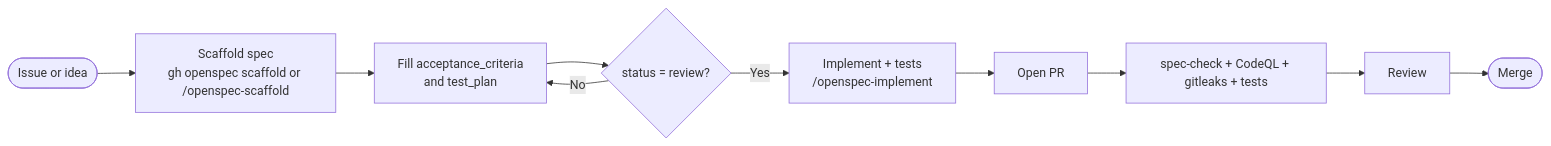
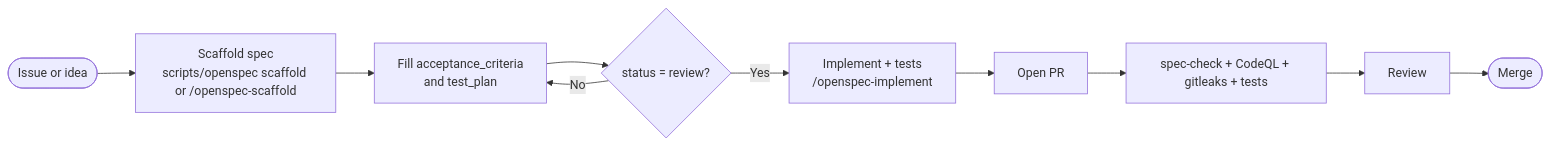
One commit to arananet/openspec-template changed the diagram in CONTRIBUTING.md. Above: the diagram before and after it, drawn with Mermaid. The commit also changed other lines of this file and 23 other files, not shown here.

````diff
--- a/CONTRIBUTING.md
+++ b/CONTRIBUTING.md
@@ -26,12 +26,12 @@
 ```mermaid
 flowchart LR
-    A([Issue or idea]) --> B[Scaffold spec<br/>gh openspec scaffold or /openspec-scaffold]
+    A([Issue or idea]) --> B[Scaffold spec<br/>scripts/openspec scaffold or /openspec-scaffold]
     B --> C[Fill acceptance_criteria<br/>and test_plan]
     C --> D{status = review?}
     D -- No --> C
     D -- Yes --> E[Implement + tests<br/>/openspec-implement]
     E --> F[Open PR]
     F --> G[spec-check + CodeQL + gitleaks + tests]
     G --> H[Review]
     H --> I([Merge])
 ```
````
